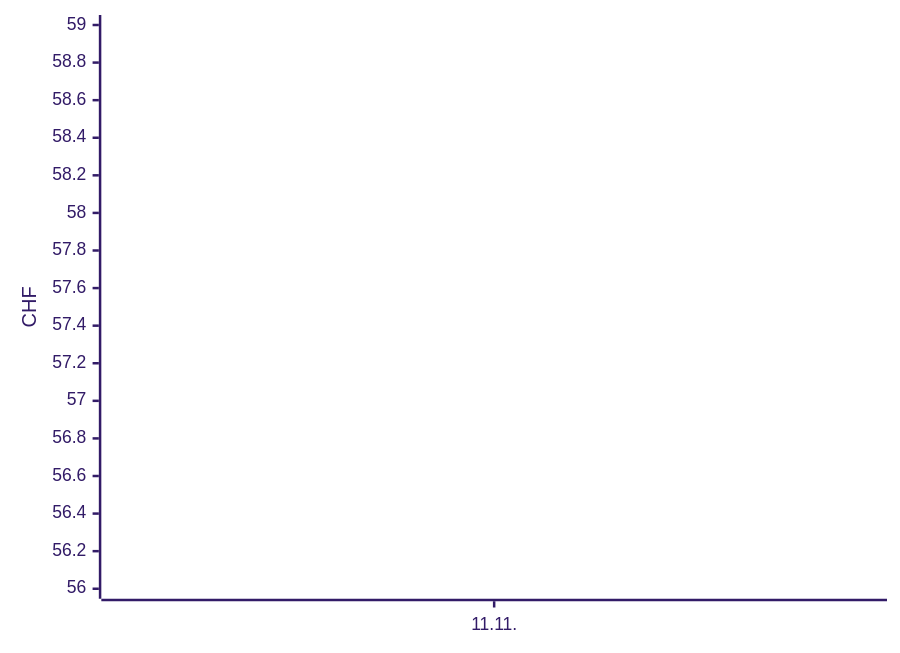
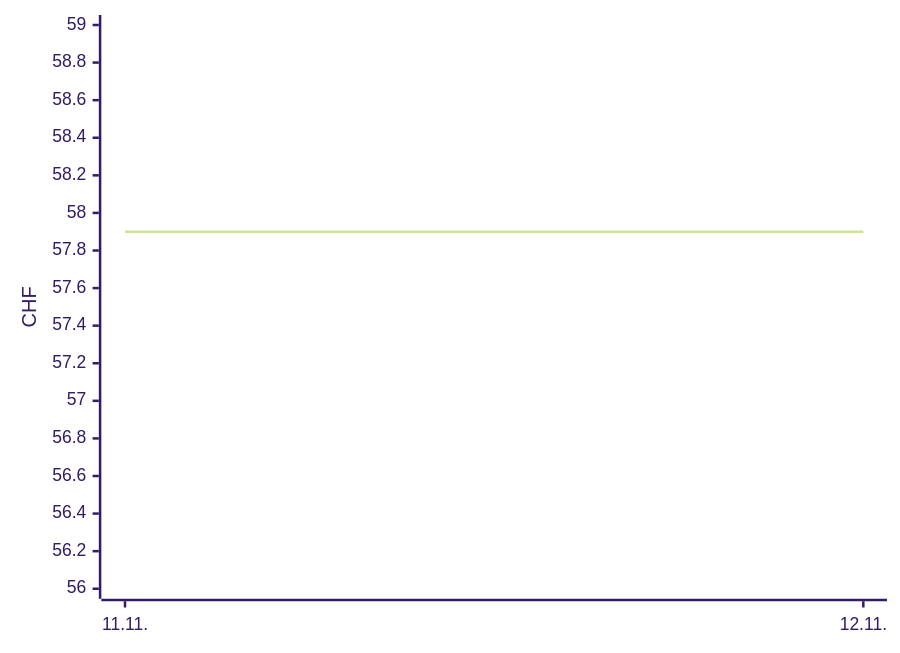
Before and after one commit to Akira2828/my-Galaxus-MCP: the second of 2 diagrams in README.md, drawn with Mermaid (forest theme). The commit also changed other lines of this file and 1 other file, not shown here.

````diff
--- a/README.md
+++ b/README.md
@@ -25,6 +25,6 @@
 ```mermaid
 xychart-beta
-  x-axis ["11.11."]
+  x-axis ["11.11.", "12.11."]
   y-axis "CHF" 56 --> 59
-  line [57.9]
+  line [57.9, 57.9]
 ```
````
